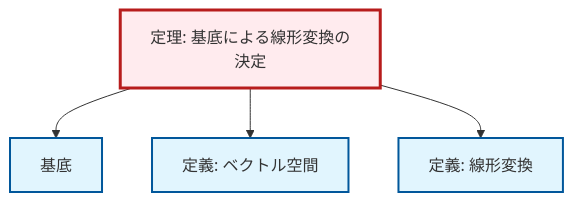
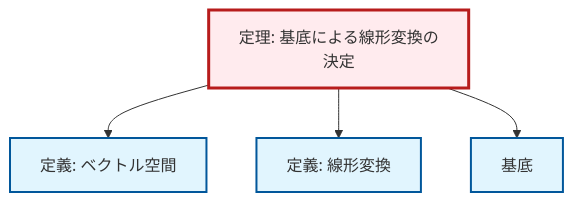
One commit to RK0429/ModernMath changed the diagram in content/ja/algebra/thm-linear-transformation-basis.qmd. Above: the diagram before and after it, drawn with Mermaid. The commit also changed 672 other files, not shown here.

````diff
--- a/content/ja/algebra/thm-linear-transformation-basis.qmd
+++ b/content/ja/algebra/thm-linear-transformation-basis.qmd
@@ -48,20 +48,20 @@
 ```{mermaid}
-%%| fig-cap: "Local dependency graph"
+%%| fig-cap: "ローカル依存関係グラフ"
 graph TD
     classDef definition fill:#e1f5fe,stroke:#01579b,stroke-width:2px
     classDef theorem fill:#f3e5f5,stroke:#4a148c,stroke-width:2px
     classDef axiom fill:#fff3e0,stroke:#e65100,stroke-width:2px
     classDef example fill:#e8f5e9,stroke:#1b5e20,stroke-width:2px
     classDef current fill:#ffebee,stroke:#b71c1c,stroke-width:3px
     def-linear-transformation["定義: 線形変換"]:::definition
+    def-vector-space["定義: ベクトル空間"]:::definition
+    def-basis["基底"]:::definition
     thm-linear-transformation-basis["定理: 基底による線形変換の決定"]:::theorem
-    def-basis["基底"]:::definition
-    def-vector-space["定義: ベクトル空間"]:::definition
-    thm-linear-transformation-basis --> def-basis
     thm-linear-transformation-basis --> def-vector-space
     thm-linear-transformation-basis --> def-linear-transformation
+    thm-linear-transformation-basis --> def-basis
     class thm-linear-transformation-basis current
     click def-linear-transformation "def-linear-transformation.html" "線形変換の定義へ"
+    click def-vector-space "def-vector-space.html" "ベクトル空間の定義へ"
     click def-basis "def-basis.html" "基底へ"
-    click def-vector-space "def-vector-space.html" "ベクトル空間の定義へ"
 ```
````
